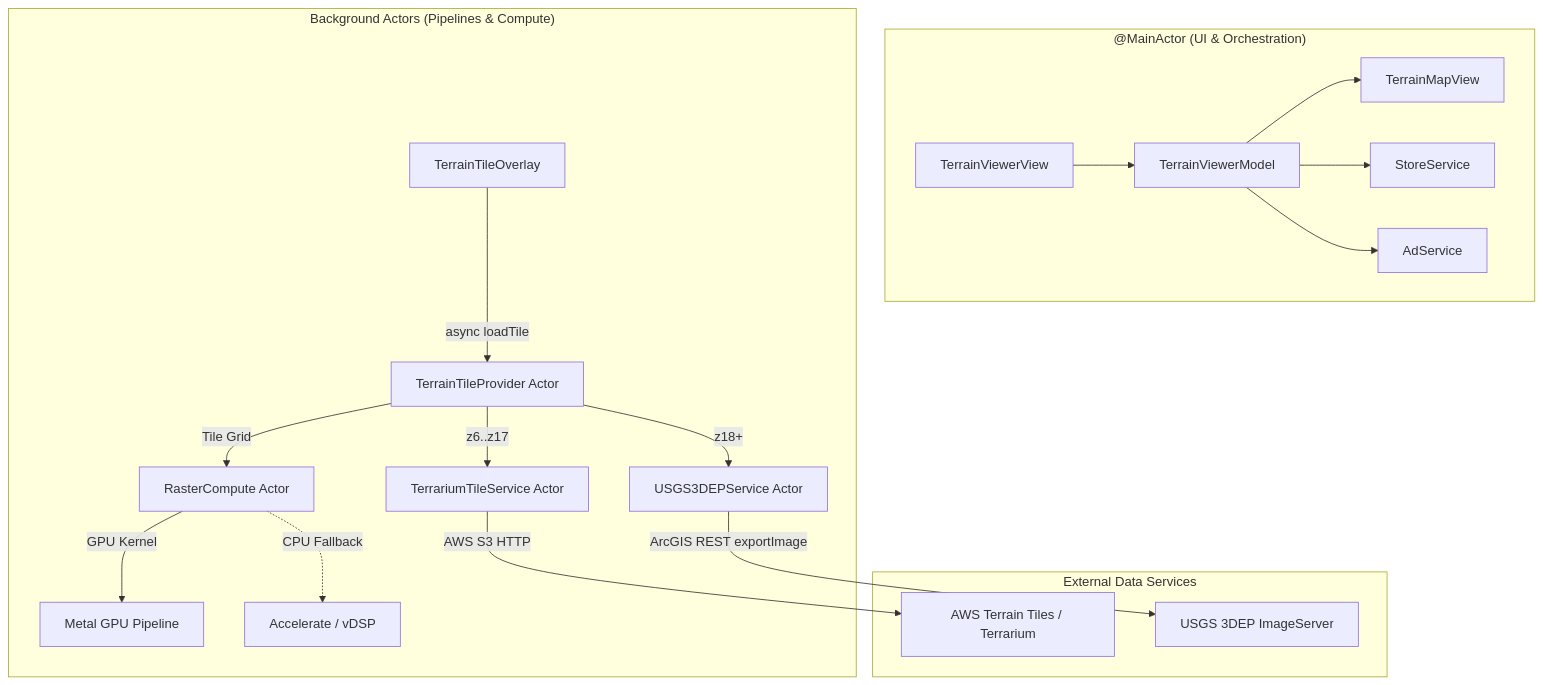
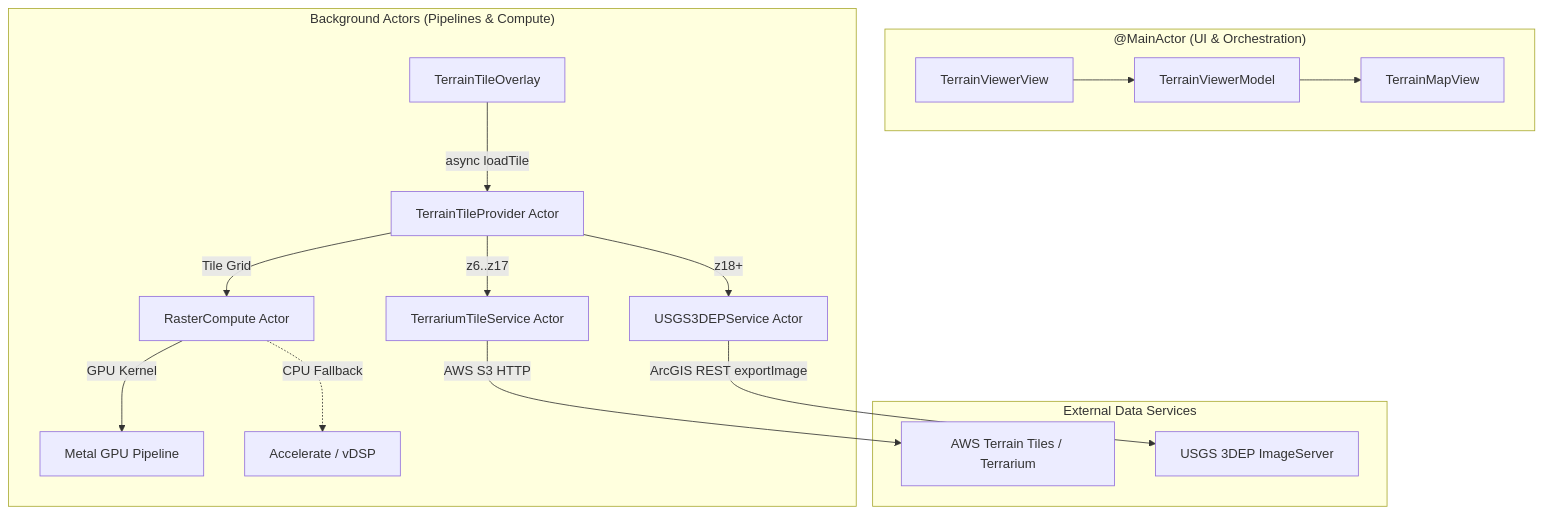
One commit to ehurrn/LidarExplorer changed the diagram in README.md. Above: the diagram before and after it, drawn with Mermaid. The commit also changed other lines of this file and 1 other file, not shown here.

Commit message:
agent-checkpoint: remove Google Mobile Ads, UMP, and StoreKit for paid release

````diff
--- a/README.md
+++ b/README.md
@@ -30,23 +30,21 @@
 ```mermaid
 flowchart TD
     subgraph MainActor["@MainActor (UI & Orchestration)"]
         V[TerrainViewerView] --> M[TerrainViewerModel]
         M --> MV[TerrainMapView]
-        M --> SS[StoreService]
-        M --> AS[AdService]
     end
 
     subgraph BackgroundActors["Background Actors (Pipelines & Compute)"]
         TO[TerrainTileOverlay] -->|async loadTile| TP[TerrainTileProvider Actor]
         TP -->|z6..z17| TT[TerrariumTileService Actor]
         TP -->|z18+| EP[USGS3DEPService Actor]
         TP -->|Tile Grid| RC[RasterCompute Actor]
         RC -->|GPU Kernel| Metal[Metal GPU Pipeline]
         RC -.->|CPU Fallback| CPU[Accelerate / vDSP]
     end
 
     subgraph DataSources["External Data Services"]
         TT -->|AWS S3 HTTP| S3[AWS Terrain Tiles / Terrarium]
         EP -->|ArcGIS REST exportImage| USGS[USGS 3DEP ImageServer]
     end
 ```
````
